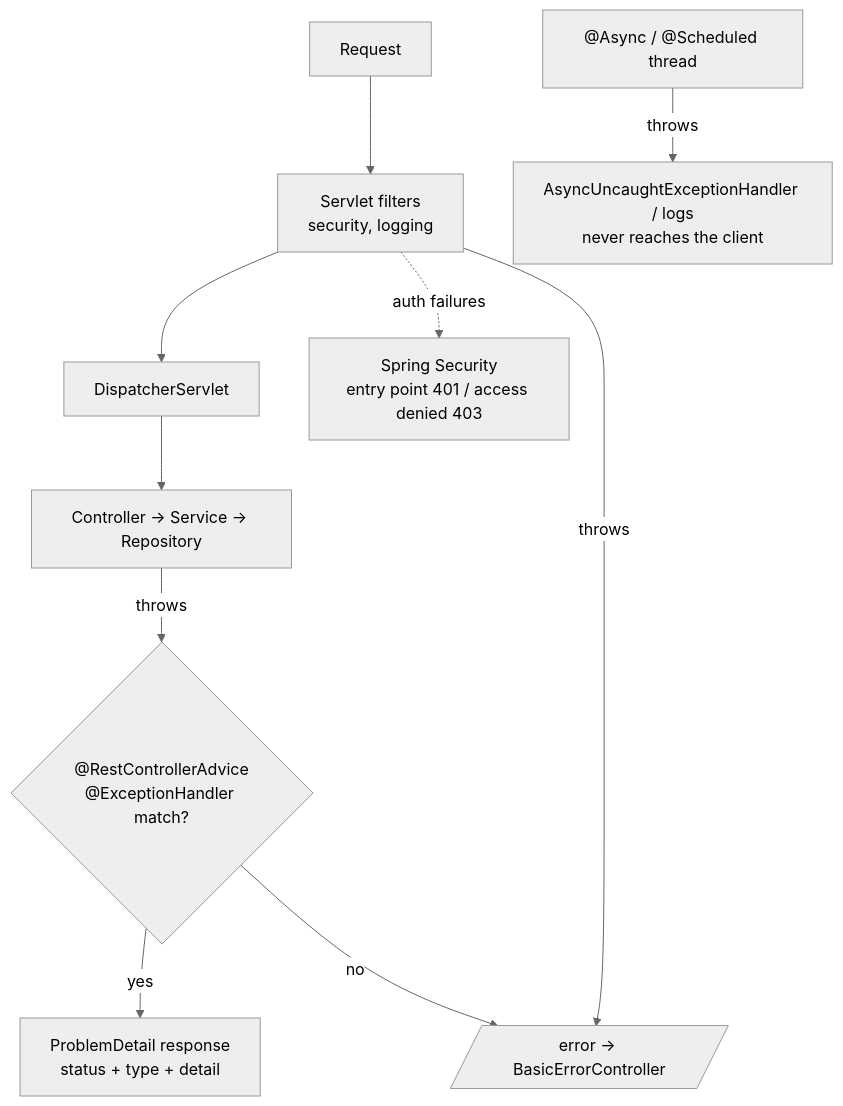
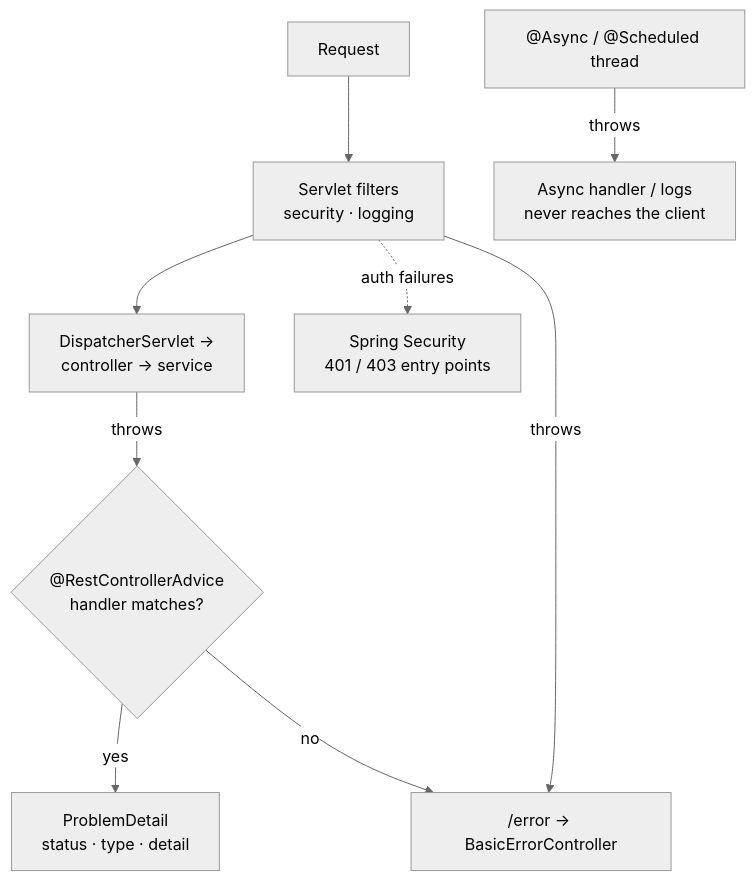
One commit to dhaval-76/engineering-field-guide changed the diagram in src/content/topics/backend/exception-handling/diagrams/error-path.mmd. Above: the diagram before and after it, drawn with Mermaid (neutral theme). The commit also changed 21 other files, not shown here.

Commit message:
Every diagram now fits a phone: decision flows became DecisionGuides, thread states redrawn, remaining flowcharts narrowed

```diff
--- a/src/content/topics/backend/exception-handling/diagrams/error-path.mmd
+++ b/src/content/topics/backend/exception-handling/diagrams/error-path.mmd
@@ -1,10 +1,9 @@
 flowchart TD
-  R[Request] --> F[Servlet filters<br/>security, logging]
-  F --> D[DispatcherServlet]
-  D --> C[Controller → Service → Repository]
-  C -- throws --> H{"@RestControllerAdvice<br/>@ExceptionHandler match?"}
-  H -- yes --> P[ProblemDetail response<br/>status + type + detail]
-  H -- no --> E[/error → BasicErrorController/]
-  F -- throws --> E
-  F -. "auth failures" .-> S[Spring Security<br/>entry point 401 / access denied 403]
-  A["@Async / @Scheduled thread"] -- throws --> U[AsyncUncaughtExceptionHandler / logs<br/>never reaches the client]
+  R[Request] --> F[Servlet filters<br/>security · logging]
+  F --> C[DispatcherServlet →<br/>controller → service]
+  C -- throws --> H{"@RestControllerAdvice<br/>handler matches?"}
+  H -- yes --> P[ProblemDetail<br/>status · type · detail]
+  H -- no --> E["/error → BasicErrorController"]
+  F -- "throws" --> E
+  F -. "auth failures" .-> S[Spring Security<br/>401 / 403 entry points]
+  A["@Async / @Scheduled thread"] -- throws --> U[Async handler / logs<br/>never reaches the client]
```
